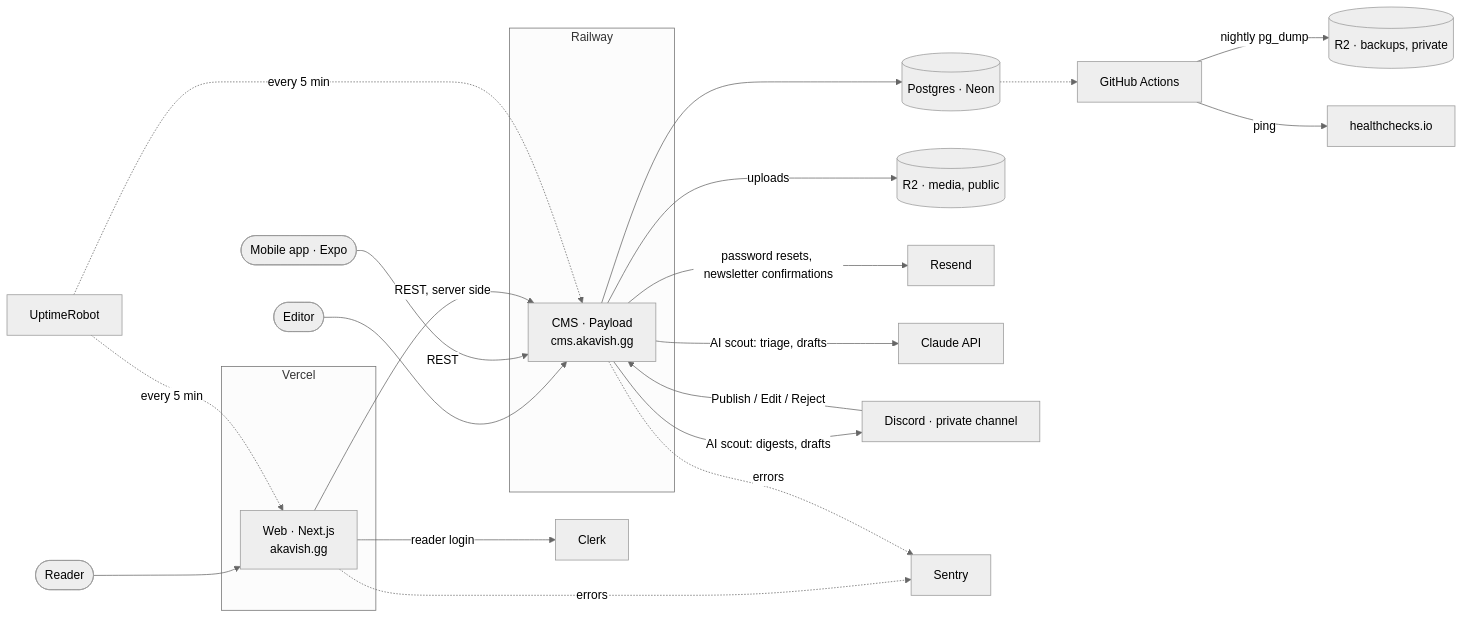
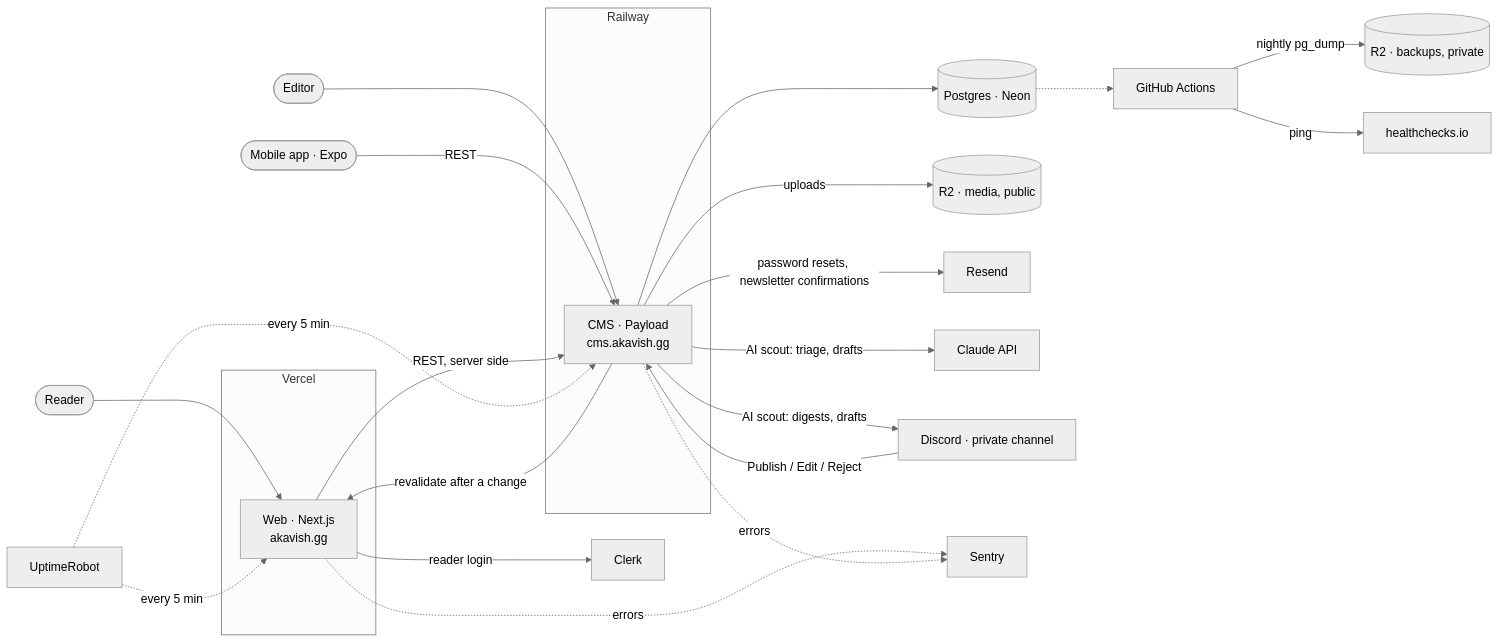
The diagram in README.md (SachsA/Akavish), drawn with Mermaid (neutral theme) before and after one commit. The commit also changed other lines of this file and 28 other files, not shown here.

````diff
--- a/README.md
+++ b/README.md
@@ -64,30 +66,31 @@
 ```mermaid
 flowchart LR
   reader([Reader]) --> web
   editor([Editor]) --> cms
   phone([Mobile app · Expo]) -->|REST| cms
 
   subgraph vercel [Vercel]
     web[Web · Next.js<br/>akavish.gg]
   end
   subgraph railway [Railway]
     cms[CMS · Payload<br/>cms.akavish.gg]
   end
 
   web -->|REST, server side| cms
+  cms -->|revalidate after a change| web
   web -->|reader login| clerk[Clerk]
   cms --> db[(Postgres · Neon)]
   cms -->|uploads| media[(R2 · media, public)]
   cms -->|password resets, newsletter confirmations| resend[Resend]
   cms -->|AI scout: triage, drafts| claude[Claude API]
   cms -->|AI scout: digests, drafts| discord[Discord · private channel]
   discord -->|Publish / Edit / Reject| cms
   web -. errors .-> sentry[Sentry]
   cms -. errors .-> sentry
 
   gha[GitHub Actions] -->|nightly pg_dump| backups[(R2 · backups, private)]
   gha -->|ping| hc[healthchecks.io]
   db -.-> gha
   uptime[UptimeRobot] -. every 5 min .-> web
   uptime -. every 5 min .-> cms
 ```
````
